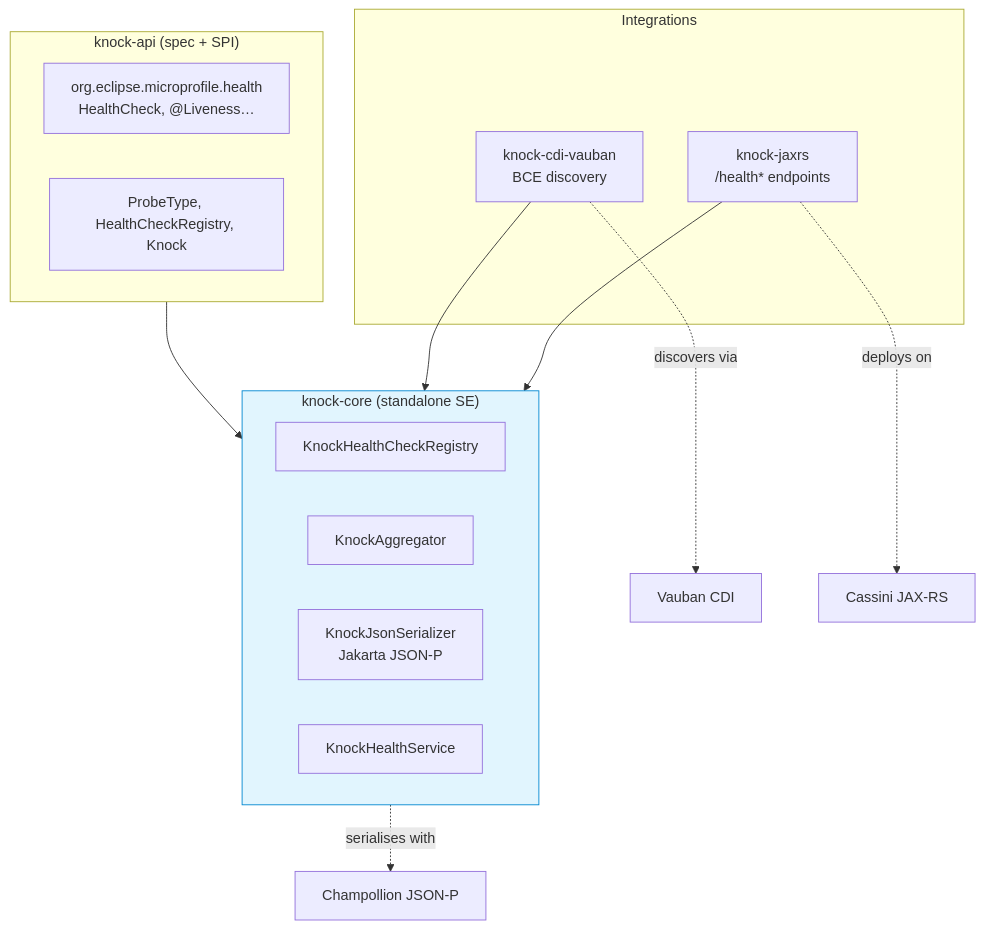
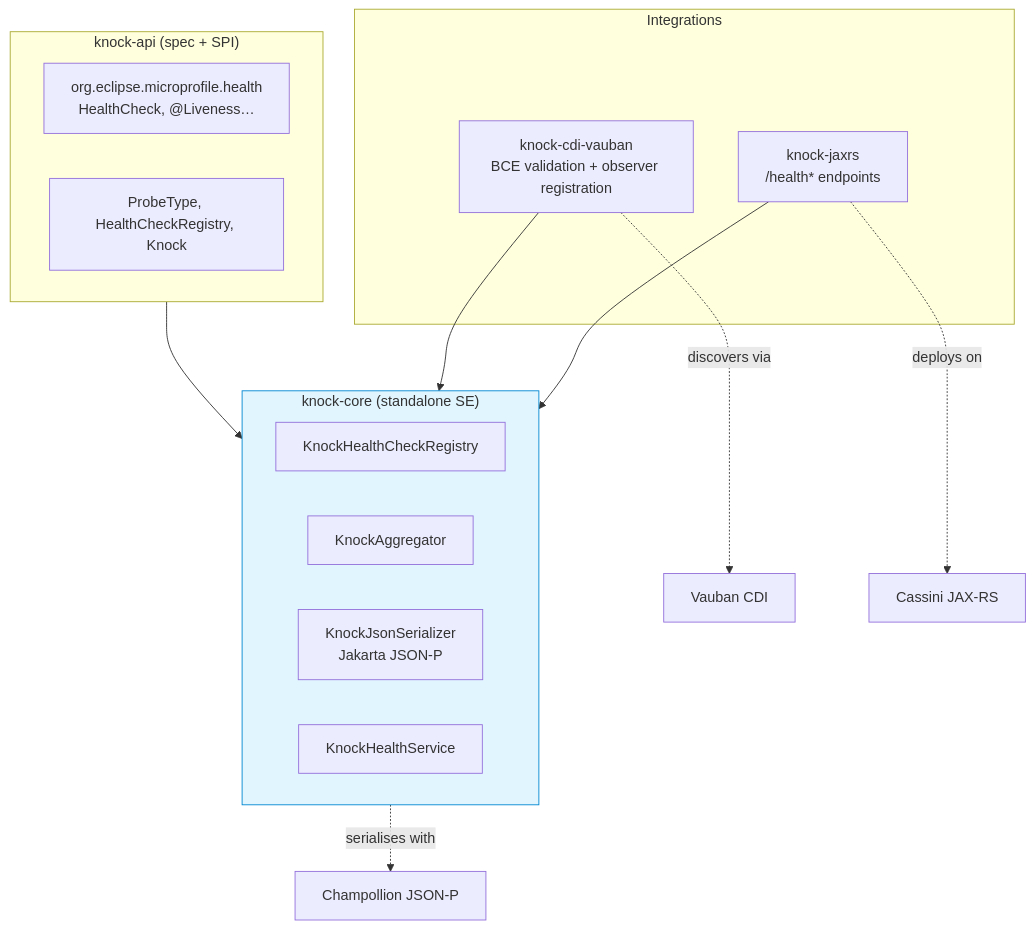
Before and after one commit to vidocq-stack/knock: the diagram in docs/en/modules/ROOT/pages/index.adoc, drawn with Mermaid. The commit also changed other lines of this file and 7 other files, not shown here.

```diff
--- a/docs/en/modules/ROOT/pages/index.adoc
+++ b/docs/en/modules/ROOT/pages/index.adoc
@@ -57,26 +57,26 @@
 [mermaid]
 ....
 graph TB
   subgraph API["knock-api (spec + SPI)"]
     MPH[org.eclipse.microprofile.health<br/>HealthCheck, @Liveness…]
     SPI[ProbeType, HealthCheckRegistry, Knock]
   end
   subgraph CORE["knock-core (standalone SE)"]
     REG[KnockHealthCheckRegistry]
     AGG[KnockAggregator]
     SER[KnockJsonSerializer<br/>Jakarta JSON-P]
     SVC[KnockHealthService]
   end
   subgraph INT["Integrations"]
-    CDI[knock-cdi-vauban<br/>BCE discovery]
+    CDI[knock-cdi-vauban<br/>BCE validation + observer registration]
     REST[knock-jaxrs<br/>/health* endpoints]
   end
   API --> CORE
   CDI --> CORE
   REST --> CORE
   CDI -. discovers via .-> VAUBAN[Vauban CDI]
   REST -. deploys on .-> CASSINI[Cassini JAX-RS]
   CORE -. serialises with .-> CHAMP[Champollion JSON-P]
   classDef rt fill:#e1f5fe,stroke:#0288d1
   class CORE rt
 ....
```
